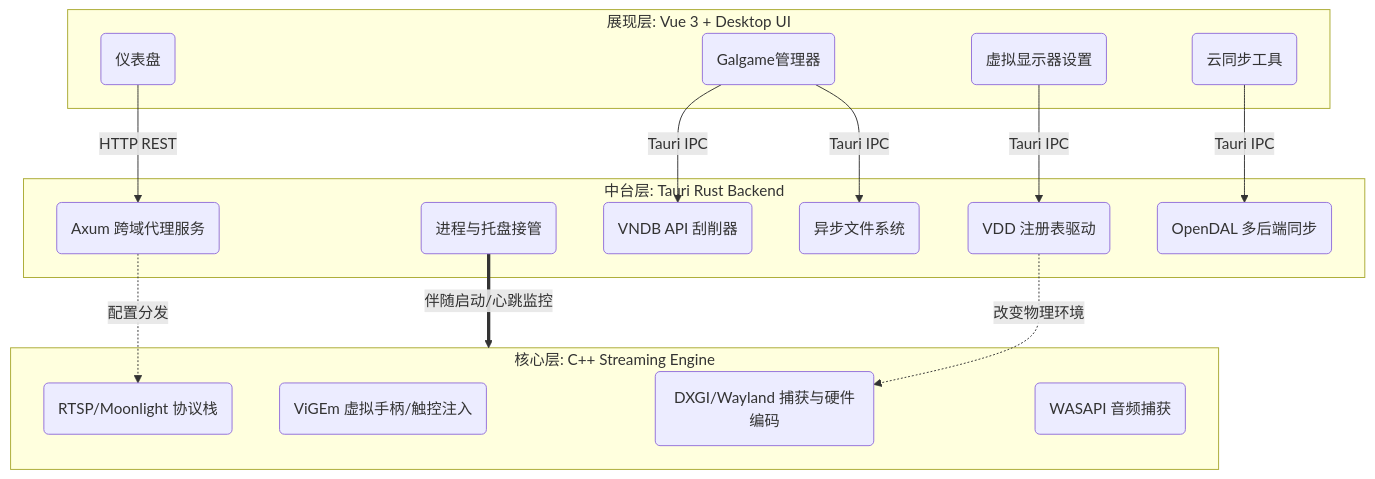
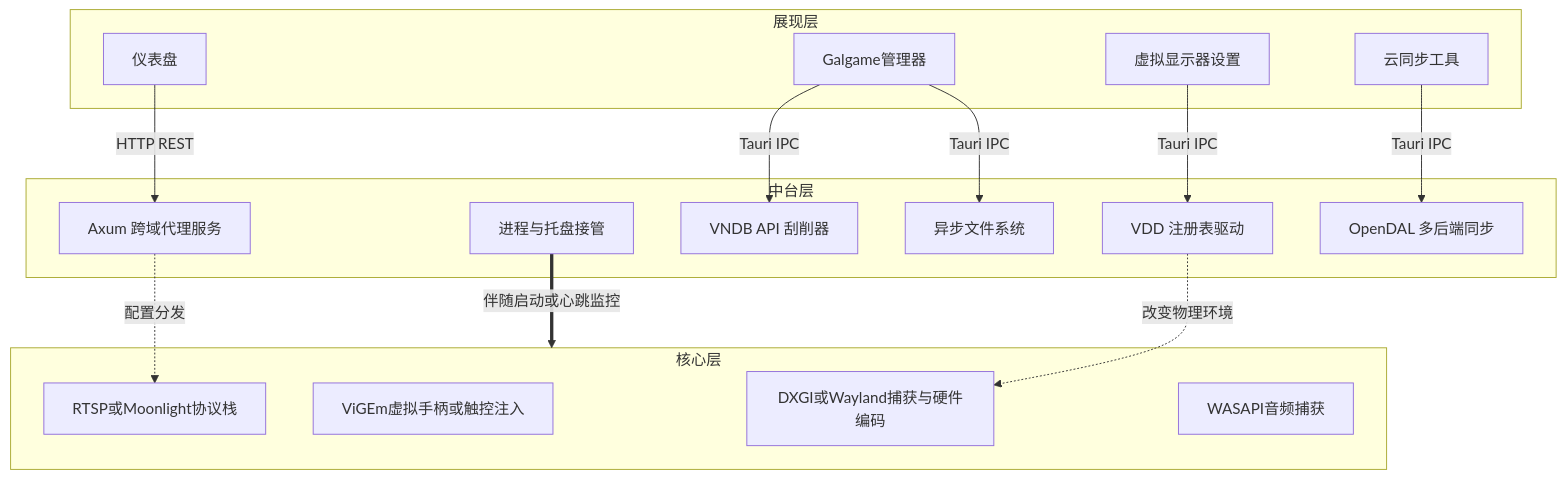
One commit to Roxy-DD/galremote changed the first of 5 diagrams in thesis/chapter4/system_design.md. Above: the diagram before and after it, drawn with Mermaid. The commit also changed other lines of this file, not shown here.

Commit message:
docs(thesis): downgrade mermaid syntax for 8.8.3 compatibility

````diff
--- a/thesis/chapter4/system_design.md
+++ b/thesis/chapter4/system_design.md
@@ -13,35 +13,35 @@
 ```mermaid
 graph TB
-    subgraph PresentationLayer [展现层: Vue 3 + Desktop UI]
-        UI_Dash("仪表盘")
-        UI_Gal("Galgame管理器")
-        UI_VDD("虚拟显示器设置")
-        UI_Sync("云同步工具")
+    subgraph PresentationLayer [展现层]
+        UI_Dash[仪表盘]
+        UI_Gal[Galgame管理器]
+        UI_VDD[虚拟显示器设置]
+        UI_Sync[云同步工具]
     end
 
-    subgraph MiddlewareLayer [中台层: Tauri Rust Backend]
-        Axum("Axum 跨域代理服务")
-        SysMgr("进程与托盘接管")
-        VNDB_Scraper("VNDB API 刮削器")
-        Cloud_Sync("OpenDAL 多后端同步")
-        VDD_Mgr("VDD 注册表驱动")
-        File_IO("异步文件系统")
+    subgraph MiddlewareLayer [中台层]
+        Axum[Axum 跨域代理服务]
+        SysMgr[进程与托盘接管]
+        VNDB_Scraper[VNDB API 刮削器]
+        Cloud_Sync[OpenDAL 多后端同步]
+        VDD_Mgr[VDD 注册表驱动]
+        File_IO[异步文件系统]
     end
 
-    subgraph CoreEngineLayer [核心层: C++ Streaming Engine]
-        Video_Encode("DXGI/Wayland 捕获与硬件编码")
-        Input_Inject("ViGEm 虚拟手柄/触控注入")
-        RTSP_Server("RTSP/Moonlight 协议栈")
-        Audio_Catch("WASAPI 音频捕获")
+    subgraph CoreEngineLayer [核心层]
+        Video_Encode[DXGI或Wayland捕获与硬件编码]
+        Input_Inject[ViGEm虚拟手柄或触控注入]
+        RTSP_Server[RTSP或Moonlight协议栈]
+        Audio_Catch[WASAPI音频捕获]
     end
 
     UI_Dash -->|HTTP REST| Axum
     UI_Gal -->|Tauri IPC| VNDB_Scraper
     UI_Gal -->|Tauri IPC| File_IO
     UI_VDD -->|Tauri IPC| VDD_Mgr
     UI_Sync -->|Tauri IPC| Cloud_Sync
 
     Axum -.->|配置分发| RTSP_Server
-    SysMgr ==>|伴随启动/心跳监控| CoreEngineLayer
+    SysMgr ==>|伴随启动或心跳监控| CoreEngineLayer
     VDD_Mgr -.->|改变物理环境| Video_Encode
 ```
````
